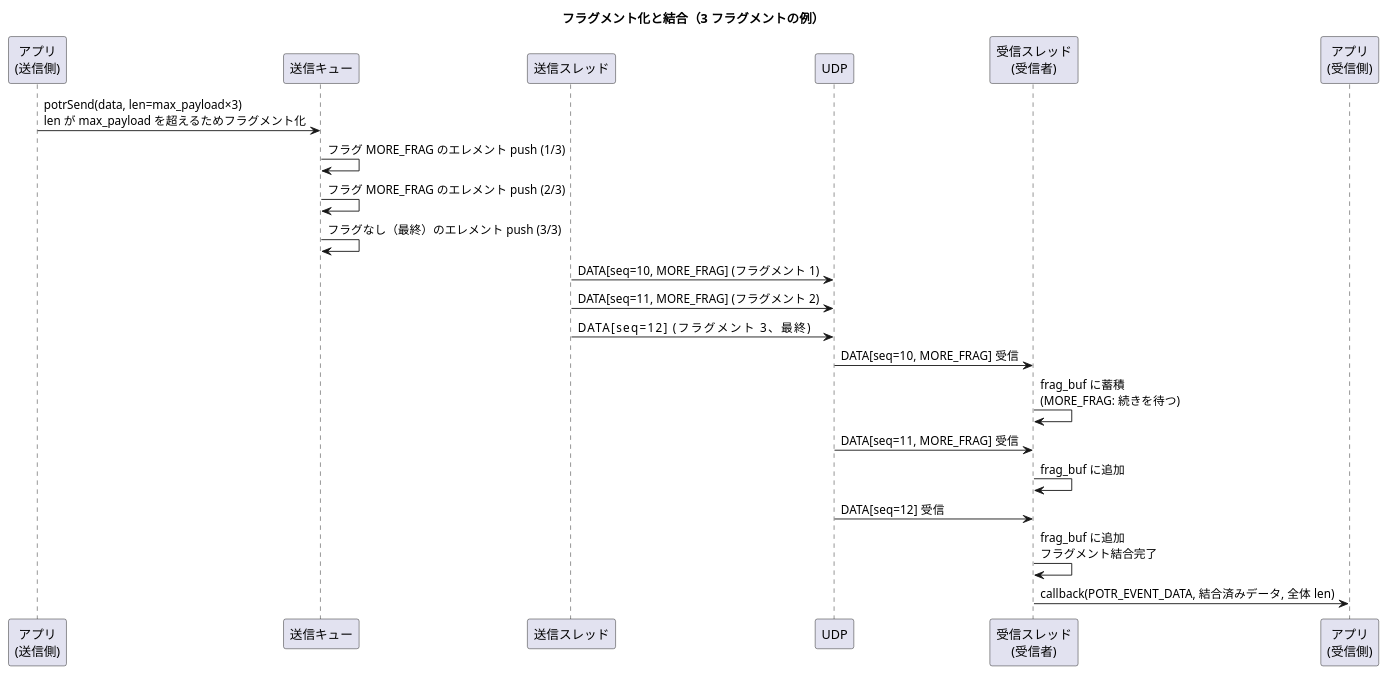
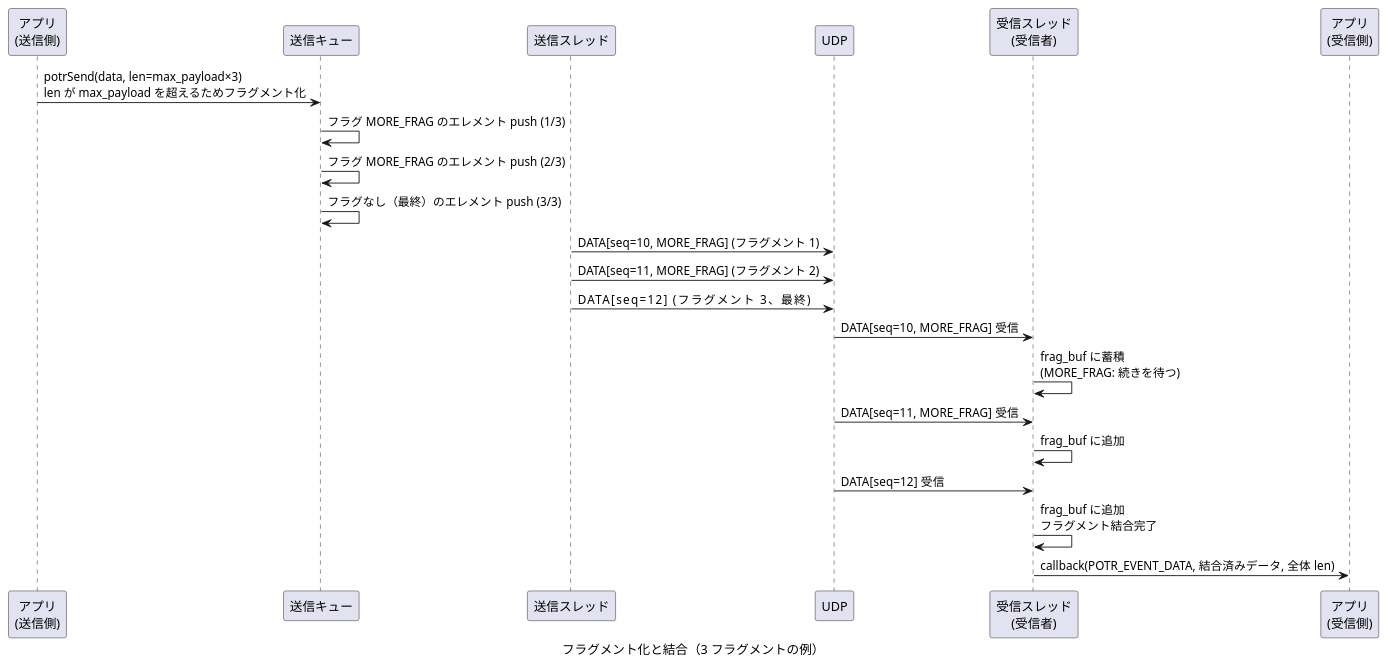
The fifth of 12 diagrams in prod/porter/docs/sequence.md (Hondarer/c-modernization-kit), drawn with PlantUML before and after one commit. The commit also changed other lines of this file and 13 other files, not shown here.

````diff
--- a/prod/porter/docs/sequence.md
+++ b/prod/porter/docs/sequence.md
@@ -178,34 +153,34 @@
 ```plantuml
-@startuml
-title フラグメント化と結合（3 フラグメントの例）
+@startuml フラグメント化と結合（3 フラグメントの例）
+caption フラグメント化と結合（3 フラグメントの例）
 
 participant "アプリ\n(送信側)" as SAPP
 participant "送信キュー" as Q
 participant "送信スレッド" as ST
 participant "UDP" as UDP
 participant "受信スレッド\n(受信者)" as RRT
 participant "アプリ\n(受信側)" as RAPP
 
 SAPP -> Q: potrSend(data, len=max_payload×3)\nlen が max_payload を超えるためフラグメント化
 
 Q -> Q: フラグ MORE_FRAG のエレメント push (1/3)
 Q -> Q: フラグ MORE_FRAG のエレメント push (2/3)
 Q -> Q: フラグなし（最終）のエレメント push (3/3)
 
 ST -> UDP: DATA[seq=10, MORE_FRAG] (フラグメント 1)
 ST -> UDP: DATA[seq=11, MORE_FRAG] (フラグメント 2)
 ST -> UDP: DATA[seq=12]           (フラグメント 3、最終)
 
 UDP -> RRT: DATA[seq=10, MORE_FRAG] 受信
 RRT -> RRT: frag_buf に蓄積\n(MORE_FRAG: 続きを待つ)
 
 UDP -> RRT: DATA[seq=11, MORE_FRAG] 受信
 RRT -> RRT: frag_buf に追加
 
 UDP -> RRT: DATA[seq=12] 受信
 RRT -> RRT: frag_buf に追加\nフラグメント結合完了
 
 RRT -> RAPP: callback(POTR_EVENT_DATA, 結合済みデータ, 全体 len)
 
 @enduml
 ```
````
